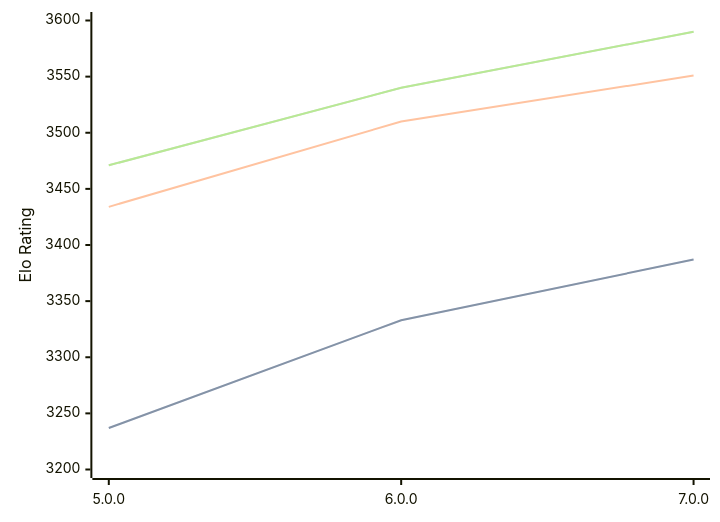
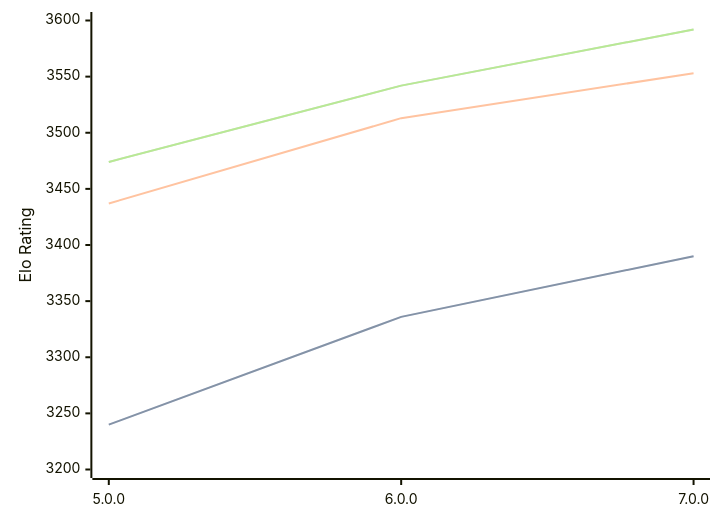
Before and after one commit to computer-chess-index/cci: the diagram in engines/Stormphrax.md, drawn with Mermaid. The commit also changed other lines of this file, not shown here.

Commit message:
Update CCI Ratings (ELO VLTC) - 2026-02-20

````diff
--- a/engines/Stormphrax.md
+++ b/engines/Stormphrax.md
@@ -35,11 +35,11 @@
 ```mermaid
 %%{init: {"theme":"base","themeVariables":{"seriesColors:['#a3a3a3','#222221','#faa371']}}}%%
 xychart-beta
   x-axis ["5.0.0", "6.0.0", "7.0.0"]
   y-axis "Elo Rating" 3200 --> 3600
-  line "STC (8.0+0.08s)" [3237, 3333, 3387]
-  line "STC (8.0+0.08s)" [3237, 3333, 3387]
-  line "LTC (60.0+0.60s)" [3434, 3510, 3551]
-  line "VLTC (2m24s+1.12s)" [3471, 3540, 3590]
-  line "VLTC (2m24s+1.12s)" [3471, 3540, 3590]
+  line "STC (8.0+0.08s)" [3240, 3336, 3390]
+  line "STC (8.0+0.08s)" [3240, 3336, 3390]
+  line "LTC (60.0+0.60s)" [3437, 3513, 3553]
+  line "VLTC (2m24s+1.12s)" [3474, 3542, 3592]
+  line "VLTC (2m24s+1.12s)" [3474, 3542, 3592]
 ```
````
